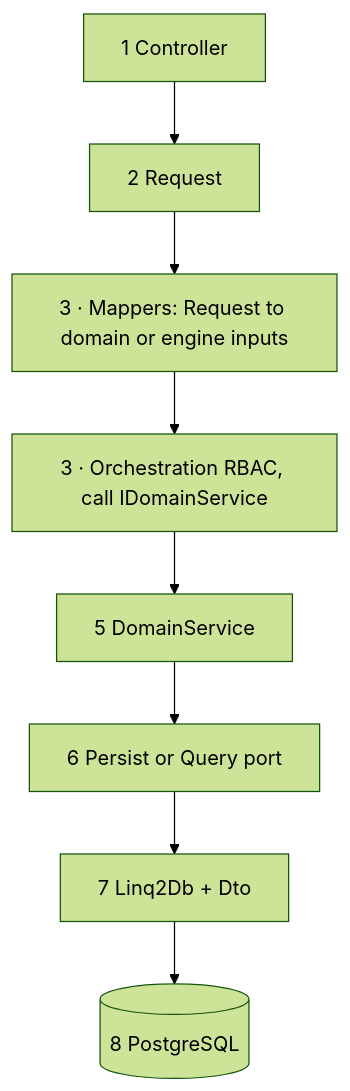
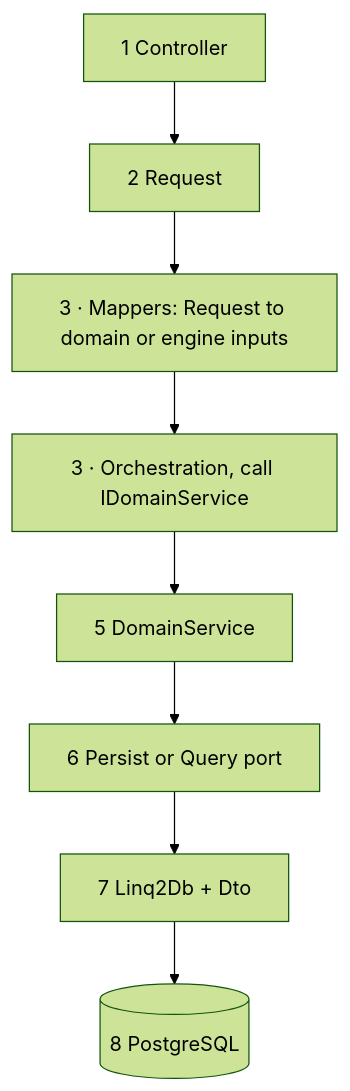
One commit to MAKS-IT-COM/maksit-certs-ui changed the first of 4 diagrams in assets/docs/ARCHITECTURE_LAYERING.md. Above: the diagram before and after it, drawn with Mermaid (forest theme). The commit also changed other lines of this file and 309 other files, not shown here.

Commit message:
(bugfix): full allignment to MaksIT.Vault architecture

````diff
--- a/assets/docs/ARCHITECTURE_LAYERING.md
+++ b/assets/docs/ARCHITECTURE_LAYERING.md
@@ -39,5 +39,5 @@
 ```mermaid
 %% Spine outbound: request 1 to 8
 flowchart TB
-  o1["1 Controller"] --> o2["2 Request"] --> o_map["3 · Mappers: Request to domain or engine inputs"] --> o_orch["3 · Orchestration RBAC, call IDomainService"] --> o5["5 DomainService"] --> o6["6 Persist or Query port"] --> o7["7 Linq2Db + Dto"] --> o8[(8 PostgreSQL)]
+  o1["1 Controller"] --> o2["2 Request"] --> o_map["3 · Mappers: Request to domain or engine inputs"] --> o_orch["3 · Orchestration, call IDomainService"] --> o5["5 DomainService"] --> o6["6 Persist or Query port"] --> o7["7 Linq2Db + Dto"] --> o8[(8 PostgreSQL)]
 ```
````
